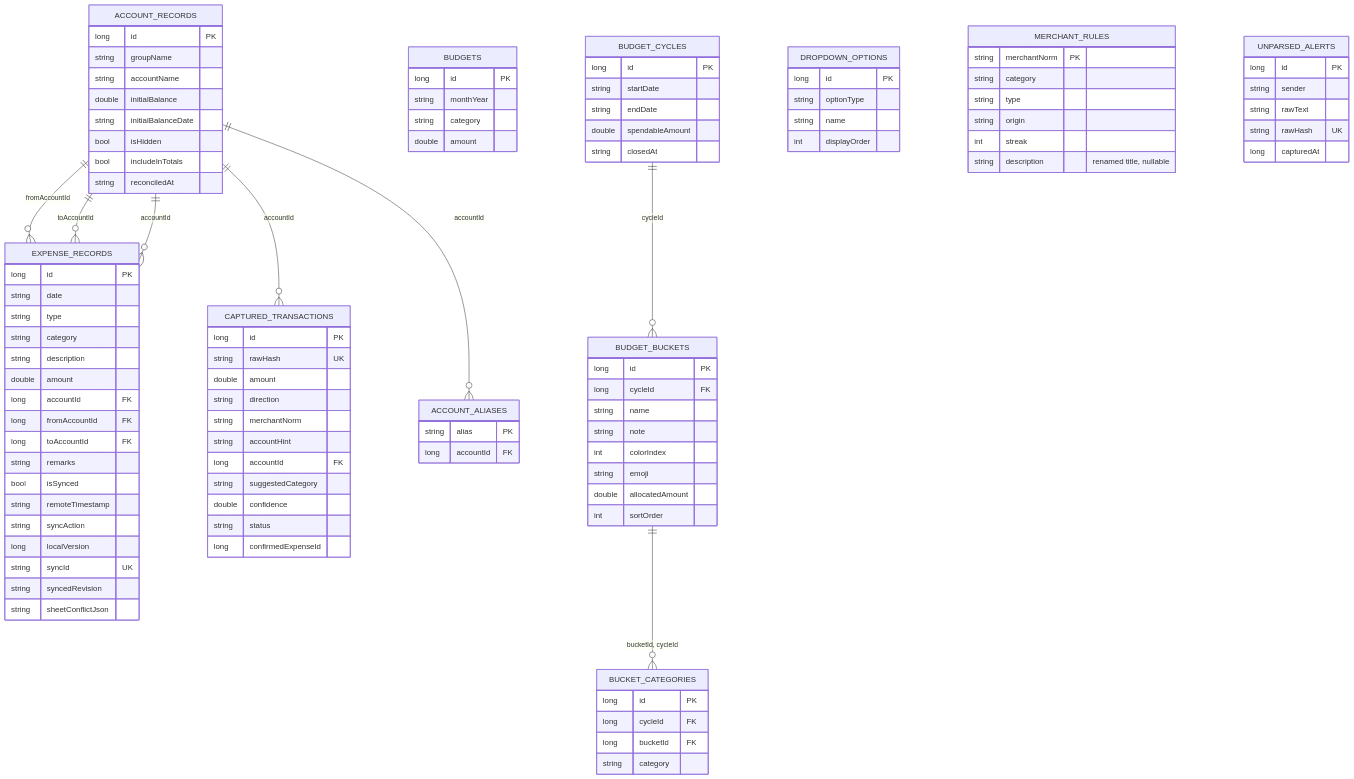
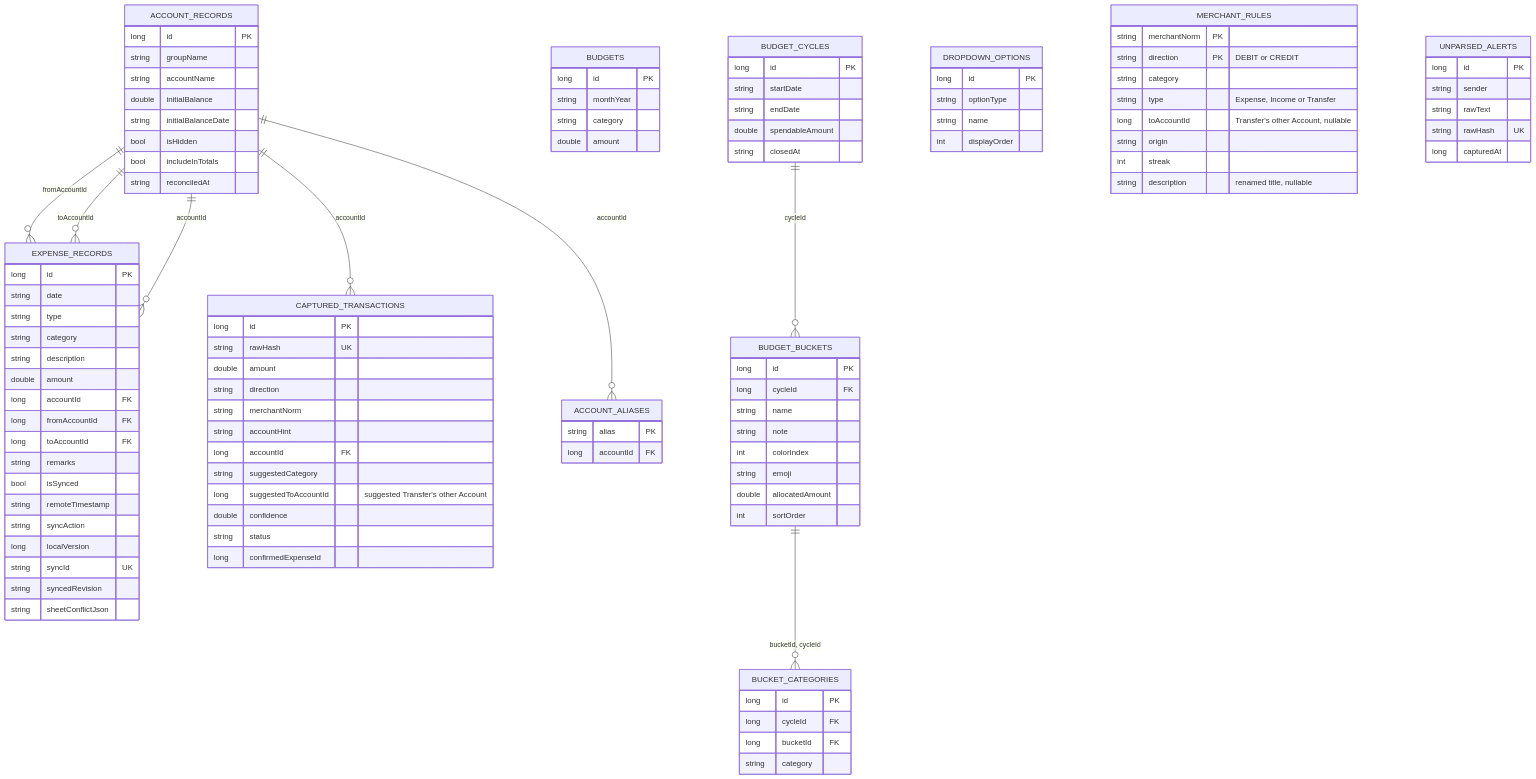
Before and after one commit to issaczerubbabela/L-Edgar: the fourth of 5 diagrams in docs/ARCHITECTURE.md, drawn with Mermaid. The commit also changed other lines of this file and 5 other files, not shown here.

```diff
--- a/docs/ARCHITECTURE.md
+++ b/docs/ARCHITECTURE.md
@@ -258,6 +258,7 @@
         string accountHint
         long accountId FK
         string suggestedCategory
+        long suggestedToAccountId "suggested Transfer's other Account"
         double confidence
         string status
         long confirmedExpenseId
@@ -265,8 +266,10 @@
 
     MERCHANT_RULES {
         string merchantNorm PK
+        string direction PK "DEBIT or CREDIT"
         string category
-        string type
+        string type "Expense, Income or Transfer"
+        long toAccountId "Transfer's other Account, nullable"
         string origin
         int streak
         string description "renamed title, nullable"
```
